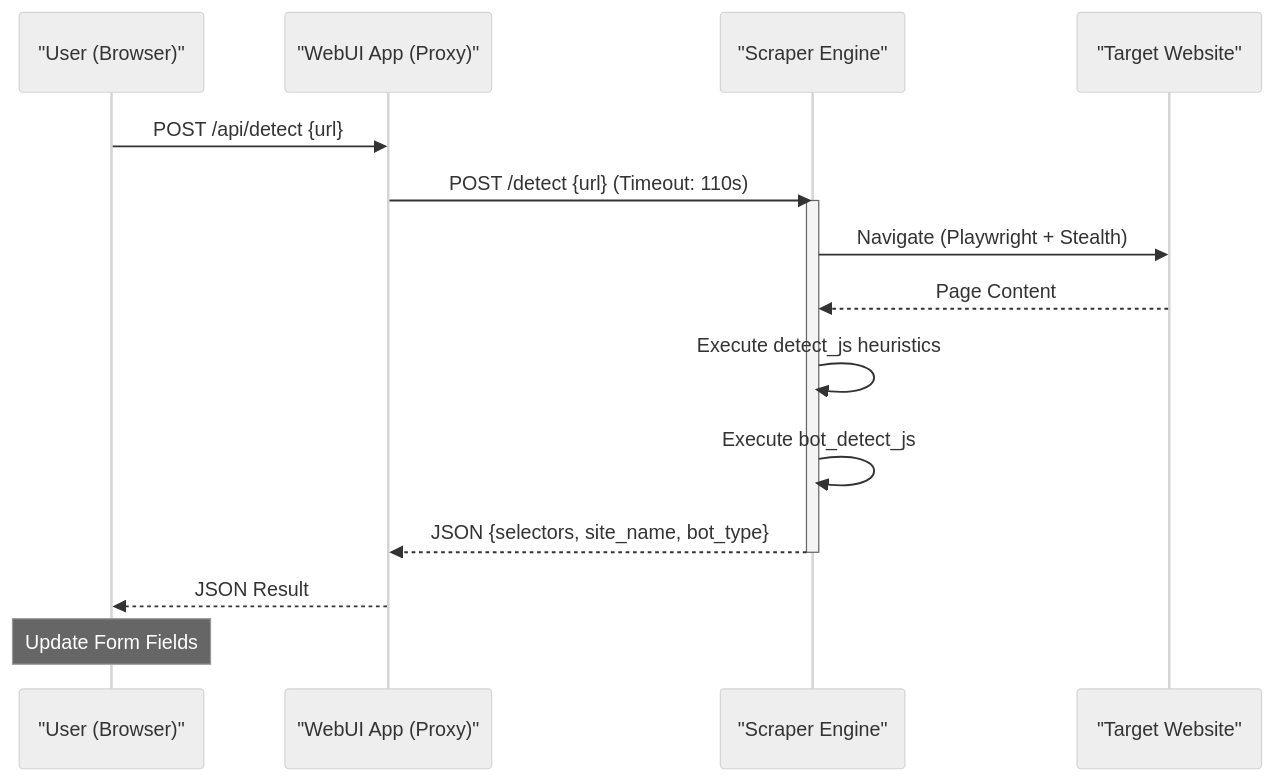
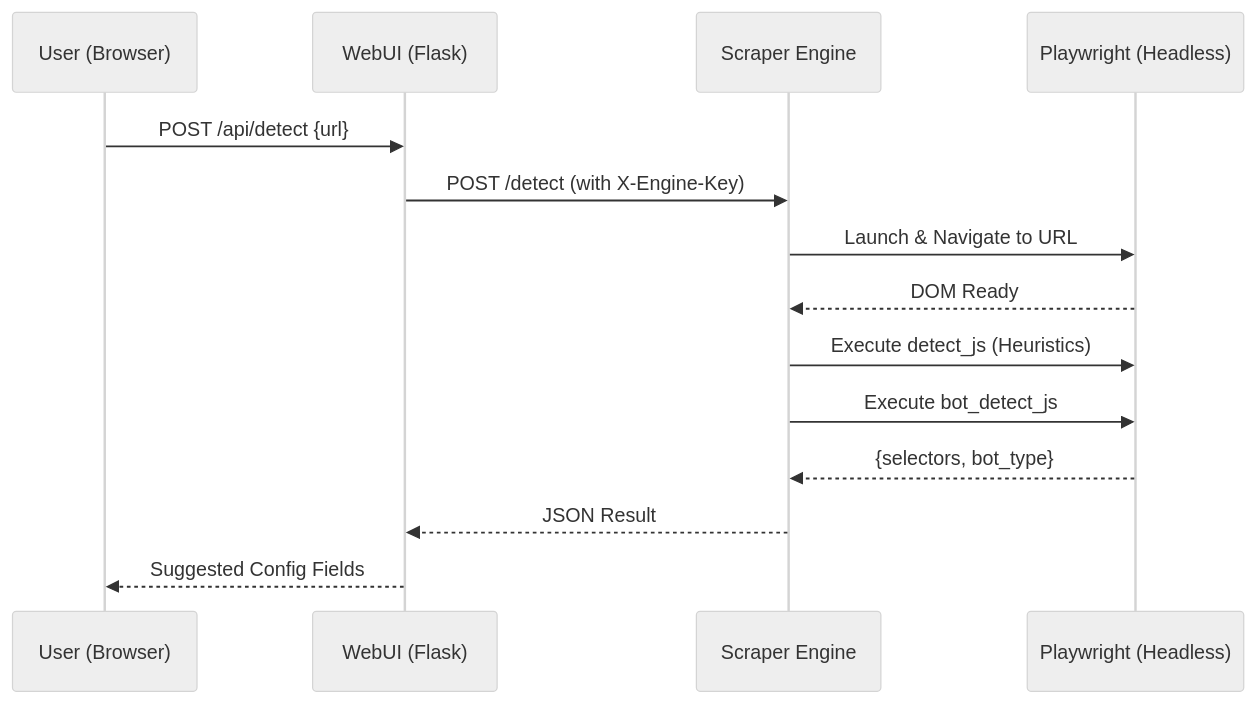
The diagram in .cubic/wiki/03-section-features/02-feature-autodetect.md (Avkroken/Produkter), drawn with Mermaid (neutral theme) before and after one commit. The commit also changed other lines of this file and 46 other files, not shown here.

````diff
--- a/.cubic/wiki/03-section-features/02-feature-autodetect.md
+++ b/.cubic/wiki/03-section-features/02-feature-autodetect.md
@@ -33,19 +39,17 @@
 ```mermaid
 sequenceDiagram
-    participant User as "User (Browser)"
-    participant UI as "WebUI App (Proxy)"
-    participant Engine as "Scraper Engine"
-    participant Web as "Target Website"
+    participant User as User (Browser)
+    participant WebUI as WebUI (Flask)
+    participant Engine as Scraper Engine
+    participant Browser as Playwright (Headless)
 
-    User->>UI: POST /api/detect {url}
-    UI->>Engine: POST /detect {url} (Timeout: 110s)
-    activate Engine
-    Engine->>Web: Navigate (Playwright + Stealth)
-    Web-->>Engine: Page Content
-    Engine->>Engine: Execute detect_js heuristics
-    Engine->>Engine: Execute bot_detect_js
-    Engine-->>UI: JSON {selectors, site_name, bot_type}
-    deactivate Engine
-    UI-->>User: JSON Result
-    Note over User: Update Form Fields
+    User->>WebUI: POST /api/detect {url}
+    WebUI->>Engine: POST /detect (with X-Engine-Key)
+    Engine->>Browser: Launch & Navigate to URL
+    Browser-->>Engine: DOM Ready
+    Engine->>Browser: Execute detect_js (Heuristics)
+    Engine->>Browser: Execute bot_detect_js
+    Browser-->>Engine: {selectors, bot_type}
+    Engine-->>WebUI: JSON Result
+    WebUI-->>User: Suggested Config Fields
 ```
````
